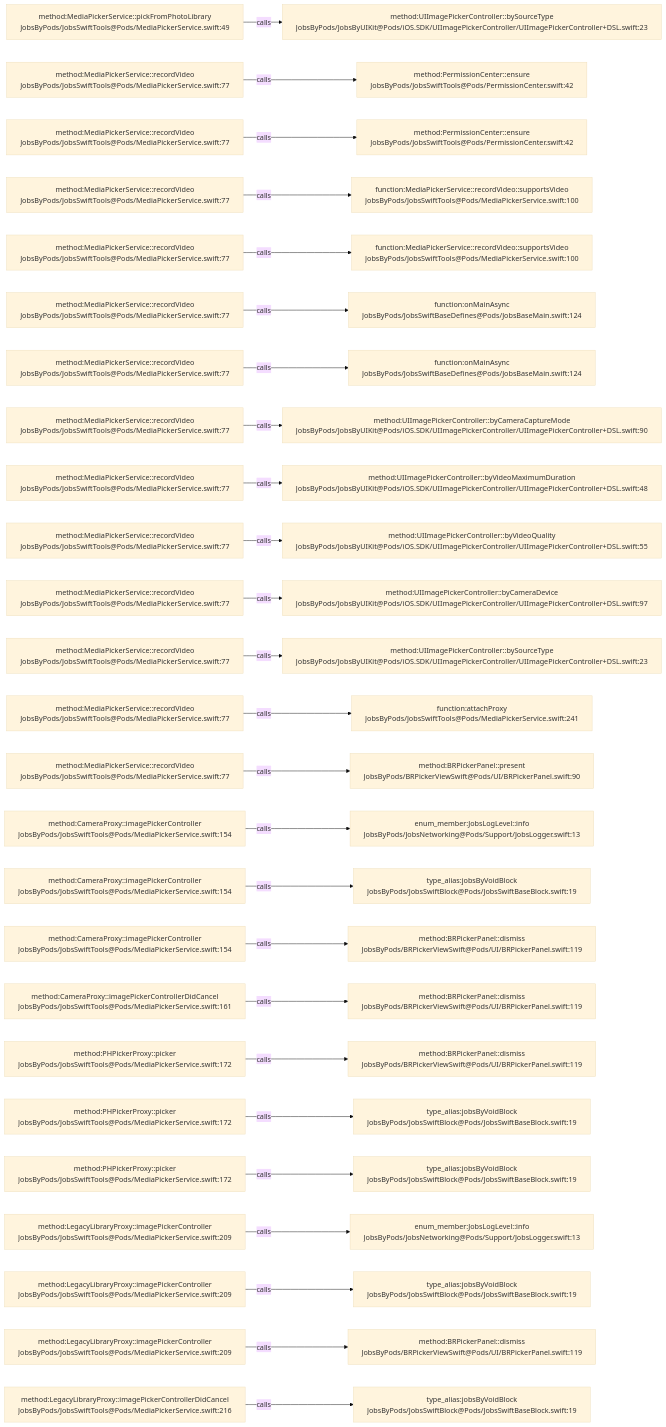
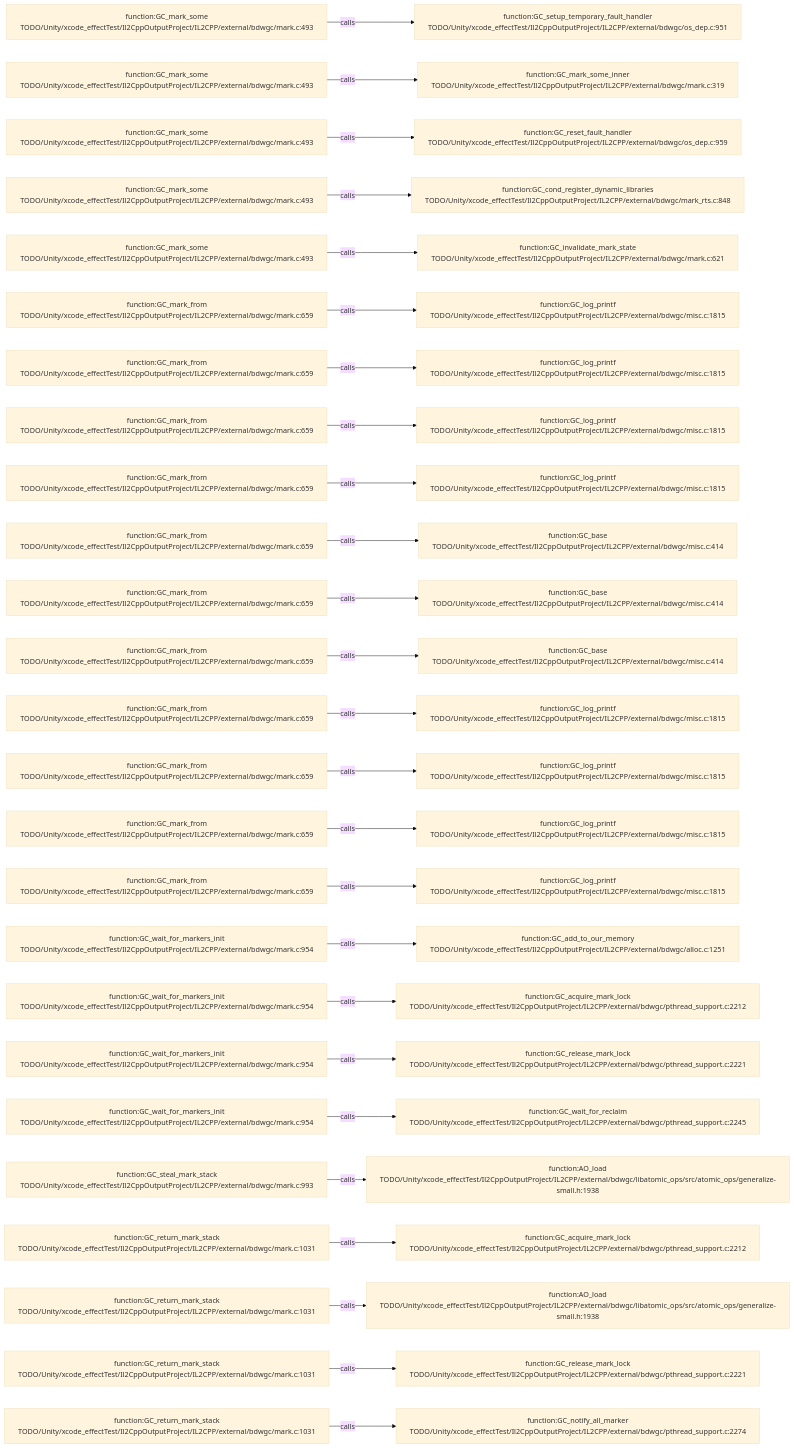
Before and after one commit to JobsKits/JobsSwiftBaseConfigDemo: the diagram in .codegraph/codegraph.md/graphs/calls-197.md, drawn with Mermaid (base theme). The commit also changed 569 other files, not shown here.

````diff
--- a/.codegraph/codegraph.md/graphs/calls-197.md
+++ b/.codegraph/codegraph.md/graphs/calls-197.md
@@ -13,78 +13,78 @@
 ```mermaid
 flowchart LR
-  S1["method:MediaPickerService::pickFromPhotoLibrary<br/>JobsByPods/JobsSwiftTools@Pods/MediaPickerService.swift:49"]
-  T1["method:UIImagePickerController::bySourceType<br/>JobsByPods/JobsByUIKit@Pods/iOS.SDK/UIImagePickerController/UIImagePickerController+DSL.swift:23"]
+  S1["function:GC_mark_some<br/>TODO/Unity/xcode_effectTest/Il2CppOutputProject/IL2CPP/external/bdwgc/mark.c:493"]
+  T1["function:GC_setup_temporary_fault_handler<br/>TODO/Unity/xcode_effectTest/Il2CppOutputProject/IL2CPP/external/bdwgc/os_dep.c:951"]
   S1 -->|calls| T1
-  S2["method:MediaPickerService::recordVideo<br/>JobsByPods/JobsSwiftTools@Pods/MediaPickerService.swift:77"]
-  T2["method:PermissionCenter::ensure<br/>JobsByPods/JobsSwiftTools@Pods/PermissionCenter.swift:42"]
+  S2["function:GC_mark_some<br/>TODO/Unity/xcode_effectTest/Il2CppOutputProject/IL2CPP/external/bdwgc/mark.c:493"]
+  T2["function:GC_mark_some_inner<br/>TODO/Unity/xcode_effectTest/Il2CppOutputProject/IL2CPP/external/bdwgc/mark.c:319"]
   S2 -->|calls| T2
-  S3["method:MediaPickerService::recordVideo<br/>JobsByPods/JobsSwiftTools@Pods/MediaPickerService.swift:77"]
-  T3["method:PermissionCenter::ensure<br/>JobsByPods/JobsSwiftTools@Pods/PermissionCenter.swift:42"]
+  S3["function:GC_mark_some<br/>TODO/Unity/xcode_effectTest/Il2CppOutputProject/IL2CPP/external/bdwgc/mark.c:493"]
+  T3["function:GC_reset_fault_handler<br/>TODO/Unity/xcode_effectTest/Il2CppOutputProject/IL2CPP/external/bdwgc/os_dep.c:959"]
   S3 -->|calls| T3
-  S4["method:MediaPickerService::recordVideo<br/>JobsByPods/JobsSwiftTools@Pods/MediaPickerService.swift:77"]
-  T4["function:MediaPickerService::recordVideo::supportsVideo<br/>JobsByPods/JobsSwiftTools@Pods/MediaPickerService.swift:100"]
+  S4["function:GC_mark_some<br/>TODO/Unity/xcode_effectTest/Il2CppOutputProject/IL2CPP/external/bdwgc/mark.c:493"]
+  T4["function:GC_cond_register_dynamic_libraries<br/>TODO/Unity/xcode_effectTest/Il2CppOutputProject/IL2CPP/external/bdwgc/mark_rts.c:848"]
   S4 -->|calls| T4
-  S5["method:MediaPickerService::recordVideo<br/>JobsByPods/JobsSwiftTools@Pods/MediaPickerService.swift:77"]
-  T5["function:MediaPickerService::recordVideo::supportsVideo<br/>JobsByPods/JobsSwiftTools@Pods/MediaPickerService.swift:100"]
+  S5["function:GC_mark_some<br/>TODO/Unity/xcode_effectTest/Il2CppOutputProject/IL2CPP/external/bdwgc/mark.c:493"]
+  T5["function:GC_invalidate_mark_state<br/>TODO/Unity/xcode_effectTest/Il2CppOutputProject/IL2CPP/external/bdwgc/mark.c:621"]
   S5 -->|calls| T5
-  S6["method:MediaPickerService::recordVideo<br/>JobsByPods/JobsSwiftTools@Pods/MediaPickerService.swift:77"]
-  T6["function:onMainAsync<br/>JobsByPods/JobsSwiftBaseDefines@Pods/JobsBaseMain.swift:124"]
+  S6["function:GC_mark_from<br/>TODO/Unity/xcode_effectTest/Il2CppOutputProject/IL2CPP/external/bdwgc/mark.c:659"]
+  T6["function:GC_log_printf<br/>TODO/Unity/xcode_effectTest/Il2CppOutputProject/IL2CPP/external/bdwgc/misc.c:1815"]
   S6 -->|calls| T6
-  S7["method:MediaPickerService::recordVideo<br/>JobsByPods/JobsSwiftTools@Pods/MediaPickerService.swift:77"]
-  T7["function:onMainAsync<br/>JobsByPods/JobsSwiftBaseDefines@Pods/JobsBaseMain.swift:124"]
+  S7["function:GC_mark_from<br/>TODO/Unity/xcode_effectTest/Il2CppOutputProject/IL2CPP/external/bdwgc/mark.c:659"]
+  T7["function:GC_log_printf<br/>TODO/Unity/xcode_effectTest/Il2CppOutputProject/IL2CPP/external/bdwgc/misc.c:1815"]
   S7 -->|calls| T7
-  S8["method:MediaPickerService::recordVideo<br/>JobsByPods/JobsSwiftTools@Pods/MediaPickerService.swift:77"]
-  T8["method:UIImagePickerController::byCameraCaptureMode<br/>JobsByPods/JobsByUIKit@Pods/iOS.SDK/UIImagePickerController/UIImagePickerController+DSL.swift:90"]
+  S8["function:GC_mark_from<br/>TODO/Unity/xcode_effectTest/Il2CppOutputProject/IL2CPP/external/bdwgc/mark.c:659"]
+  T8["function:GC_log_printf<br/>TODO/Unity/xcode_effectTest/Il2CppOutputProject/IL2CPP/external/bdwgc/misc.c:1815"]
   S8 -->|calls| T8
-  S9["method:MediaPickerService::recordVideo<br/>JobsByPods/JobsSwiftTools@Pods/MediaPickerService.swift:77"]
-  T9["method:UIImagePickerController::byVideoMaximumDuration<br/>JobsByPods/JobsByUIKit@Pods/iOS.SDK/UIImagePickerController/UIImagePickerController+DSL.swift:48"]
+  S9["function:GC_mark_from<br/>TODO/Unity/xcode_effectTest/Il2CppOutputProject/IL2CPP/external/bdwgc/mark.c:659"]
+  T9["function:GC_log_printf<br/>TODO/Unity/xcode_effectTest/Il2CppOutputProject/IL2CPP/external/bdwgc/misc.c:1815"]
   S9 -->|calls| T9
-  S10["method:MediaPickerService::recordVideo<br/>JobsByPods/JobsSwiftTools@Pods/MediaPickerService.swift:77"]
-  T10["method:UIImagePickerController::byVideoQuality<br/>JobsByPods/JobsByUIKit@Pods/iOS.SDK/UIImagePickerController/UIImagePickerController+DSL.swift:55"]
+  S10["function:GC_mark_from<br/>TODO/Unity/xcode_effectTest/Il2CppOutputProject/IL2CPP/external/bdwgc/mark.c:659"]
+  T10["function:GC_base<br/>TODO/Unity/xcode_effectTest/Il2CppOutputProject/IL2CPP/external/bdwgc/misc.c:414"]
   S10 -->|calls| T10
-  S11["method:MediaPickerService::recordVideo<br/>JobsByPods/JobsSwiftTools@Pods/MediaPickerService.swift:77"]
-  T11["method:UIImagePickerController::byCameraDevice<br/>JobsByPods/JobsByUIKit@Pods/iOS.SDK/UIImagePickerController/UIImagePickerController+DSL.swift:97"]
+  S11["function:GC_mark_from<br/>TODO/Unity/xcode_effectTest/Il2CppOutputProject/IL2CPP/external/bdwgc/mark.c:659"]
+  T11["function:GC_base<br/>TODO/Unity/xcode_effectTest/Il2CppOutputProject/IL2CPP/external/bdwgc/misc.c:414"]
   S11 -->|calls| T11
-  S12["method:MediaPickerService::recordVideo<br/>JobsByPods/JobsSwiftTools@Pods/MediaPickerService.swift:77"]
-  T12["method:UIImagePickerController::bySourceType<br/>JobsByPods/JobsByUIKit@Pods/iOS.SDK/UIImagePickerController/UIImagePickerController+DSL.swift:23"]
+  S12["function:GC_mark_from<br/>TODO/Unity/xcode_effectTest/Il2CppOutputProject/IL2CPP/external/bdwgc/mark.c:659"]
+  T12["function:GC_base<br/>TODO/Unity/xcode_effectTest/Il2CppOutputProject/IL2CPP/external/bdwgc/misc.c:414"]
   S12 -->|calls| T12
-  S13["method:MediaPickerService::recordVideo<br/>JobsByPods/JobsSwiftTools@Pods/MediaPickerService.swift:77"]
-  T13["function:attachProxy<br/>JobsByPods/JobsSwiftTools@Pods/MediaPickerService.swift:241"]
+  S13["function:GC_mark_from<br/>TODO/Unity/xcode_effectTest/Il2CppOutputProject/IL2CPP/external/bdwgc/mark.c:659"]
+  T13["function:GC_log_printf<br/>TODO/Unity/xcode_effectTest/Il2CppOutputProject/IL2CPP/external/bdwgc/misc.c:1815"]
   S13 -->|calls| T13
-  S14["method:MediaPickerService::recordVideo<br/>JobsByPods/JobsSwiftTools@Pods/MediaPickerService.swift:77"]
-  T14["method:BRPickerPanel::present<br/>JobsByPods/BRPickerViewSwift@Pods/UI/BRPickerPanel.swift:90"]
+  S14["function:GC_mark_from<br/>TODO/Unity/xcode_effectTest/Il2CppOutputProject/IL2CPP/external/bdwgc/mark.c:659"]
+  T14["function:GC_log_printf<br/>TODO/Unity/xcode_effectTest/Il2CppOutputProject/IL2CPP/external/bdwgc/misc.c:1815"]
   S14 -->|calls| T14
-  S15["method:CameraProxy::imagePickerController<br/>JobsByPods/JobsSwiftTools@Pods/MediaPickerService.swift:154"]
-  T15["enum_member:JobsLogLevel::info<br/>JobsByPods/JobsNetworking@Pods/Support/JobsLogger.swift:13"]
+  S15["function:GC_mark_from<br/>TODO/Unity/xcode_effectTest/Il2CppOutputProject/IL2CPP/external/bdwgc/mark.c:659"]
+  T15["function:GC_log_printf<br/>TODO/Unity/xcode_effectTest/Il2CppOutputProject/IL2CPP/external/bdwgc/misc.c:1815"]
   S15 -->|calls| T15
-  S16["method:CameraProxy::imagePickerController<br/>JobsByPods/JobsSwiftTools@Pods/MediaPickerService.swift:154"]
-  T16["type_alias:jobsByVoidBlock<br/>JobsByPods/JobsSwiftBlock@Pods/JobsSwiftBaseBlock.swift:19"]
+  S16["function:GC_mark_from<br/>TODO/Unity/xcode_effectTest/Il2CppOutputProject/IL2CPP/external/bdwgc/mark.c:659"]
+  T16["function:GC_log_printf<br/>TODO/Unity/xcode_effectTest/Il2CppOutputProject/IL2CPP/external/bdwgc/misc.c:1815"]
   S16 -->|calls| T16
-  S17["method:CameraProxy::imagePickerController<br/>JobsByPods/JobsSwiftTools@Pods/MediaPickerService.swift:154"]
-  T17["method:BRPickerPanel::dismiss<br/>JobsByPods/BRPickerViewSwift@Pods/UI/BRPickerPanel.swift:119"]
+  S17["function:GC_wait_for_markers_init<br/>TODO/Unity/xcode_effectTest/Il2CppOutputProject/IL2CPP/external/bdwgc/mark.c:954"]
+  T17["function:GC_add_to_our_memory<br/>TODO/Unity/xcode_effectTest/Il2CppOutputProject/IL2CPP/external/bdwgc/alloc.c:1251"]
   S17 -->|calls| T17
-  S18["method:CameraProxy::imagePickerControllerDidCancel<br/>JobsByPods/JobsSwiftTools@Pods/MediaPickerService.swift:161"]
-  T18["method:BRPickerPanel::dismiss<br/>JobsByPods/BRPickerViewSwift@Pods/UI/BRPickerPanel.swift:119"]
+  S18["function:GC_wait_for_markers_init<br/>TODO/Unity/xcode_effectTest/Il2CppOutputProject/IL2CPP/external/bdwgc/mark.c:954"]
+  T18["function:GC_acquire_mark_lock<br/>TODO/Unity/xcode_effectTest/Il2CppOutputProject/IL2CPP/external/bdwgc/pthread_support.c:2212"]
   S18 -->|calls| T18
-  S19["method:PHPickerProxy::picker<br/>JobsByPods/JobsSwiftTools@Pods/MediaPickerService.swift:172"]
-  T19["method:BRPickerPanel::dismiss<br/>JobsByPods/BRPickerViewSwift@Pods/UI/BRPickerPanel.swift:119"]
+  S19["function:GC_wait_for_markers_init<br/>TODO/Unity/xcode_effectTest/Il2CppOutputProject/IL2CPP/external/bdwgc/mark.c:954"]
+  T19["function:GC_release_mark_lock<br/>TODO/Unity/xcode_effectTest/Il2CppOutputProject/IL2CPP/external/bdwgc/pthread_support.c:2221"]
   S19 -->|calls| T19
-  S20["method:PHPickerProxy::picker<br/>JobsByPods/JobsSwiftTools@Pods/MediaPickerService.swift:172"]
-  T20["type_alias:jobsByVoidBlock<br/>JobsByPods/JobsSwiftBlock@Pods/JobsSwiftBaseBlock.swift:19"]
+  S20["function:GC_wait_for_markers_init<br/>TODO/Unity/xcode_effectTest/Il2CppOutputProject/IL2CPP/external/bdwgc/mark.c:954"]
+  T20["function:GC_wait_for_reclaim<br/>TODO/Unity/xcode_effectTest/Il2CppOutputProject/IL2CPP/external/bdwgc/pthread_support.c:2245"]
   S20 -->|calls| T20
-  S21["method:PHPickerProxy::picker<br/>JobsByPods/JobsSwiftTools@Pods/MediaPickerService.swift:172"]
-  T21["type_alias:jobsByVoidBlock<br/>JobsByPods/JobsSwiftBlock@Pods/JobsSwiftBaseBlock.swift:19"]
+  S21["function:GC_steal_mark_stack<br/>TODO/Unity/xcode_effectTest/Il2CppOutputProject/IL2CPP/external/bdwgc/mark.c:993"]
+  T21["function:AO_load<br/>TODO/Unity/xcode_effectTest/Il2CppOutputProject/IL2CPP/external/bdwgc/libatomic_ops/src/atomic_ops/generalize-small.h:1938"]
   S21 -->|calls| T21
-  S22["method:LegacyLibraryProxy::imagePickerController<br/>JobsByPods/JobsSwiftTools@Pods/MediaPickerService.swift:209"]
-  T22["enum_member:JobsLogLevel::info<br/>JobsByPods/JobsNetworking@Pods/Support/JobsLogger.swift:13"]
+  S22["function:GC_return_mark_stack<br/>TODO/Unity/xcode_effectTest/Il2CppOutputProject/IL2CPP/external/bdwgc/mark.c:1031"]
+  T22["function:GC_acquire_mark_lock<br/>TODO/Unity/xcode_effectTest/Il2CppOutputProject/IL2CPP/external/bdwgc/pthread_support.c:2212"]
   S22 -->|calls| T22
-  S23["method:LegacyLibraryProxy::imagePickerController<br/>JobsByPods/JobsSwiftTools@Pods/MediaPickerService.swift:209"]
-  T23["type_alias:jobsByVoidBlock<br/>JobsByPods/JobsSwiftBlock@Pods/JobsSwiftBaseBlock.swift:19"]
+  S23["function:GC_return_mark_stack<br/>TODO/Unity/xcode_effectTest/Il2CppOutputProject/IL2CPP/external/bdwgc/mark.c:1031"]
+  T23["function:AO_load<br/>TODO/Unity/xcode_effectTest/Il2CppOutputProject/IL2CPP/external/bdwgc/libatomic_ops/src/atomic_ops/generalize-small.h:1938"]
   S23 -->|calls| T23
-  S24["method:LegacyLibraryProxy::imagePickerController<br/>JobsByPods/JobsSwiftTools@Pods/MediaPickerService.swift:209"]
-  T24["method:BRPickerPanel::dismiss<br/>JobsByPods/BRPickerViewSwift@Pods/UI/BRPickerPanel.swift:119"]
+  S24["function:GC_return_mark_stack<br/>TODO/Unity/xcode_effectTest/Il2CppOutputProject/IL2CPP/external/bdwgc/mark.c:1031"]
+  T24["function:GC_release_mark_lock<br/>TODO/Unity/xcode_effectTest/Il2CppOutputProject/IL2CPP/external/bdwgc/pthread_support.c:2221"]
   S24 -->|calls| T24
-  S25["method:LegacyLibraryProxy::imagePickerControllerDidCancel<br/>JobsByPods/JobsSwiftTools@Pods/MediaPickerService.swift:216"]
-  T25["type_alias:jobsByVoidBlock<br/>JobsByPods/JobsSwiftBlock@Pods/JobsSwiftBaseBlock.swift:19"]
+  S25["function:GC_return_mark_stack<br/>TODO/Unity/xcode_effectTest/Il2CppOutputProject/IL2CPP/external/bdwgc/mark.c:1031"]
+  T25["function:GC_notify_all_marker<br/>TODO/Unity/xcode_effectTest/Il2CppOutputProject/IL2CPP/external/bdwgc/pthread_support.c:2274"]
   S25 -->|calls| T25
 ```
````
